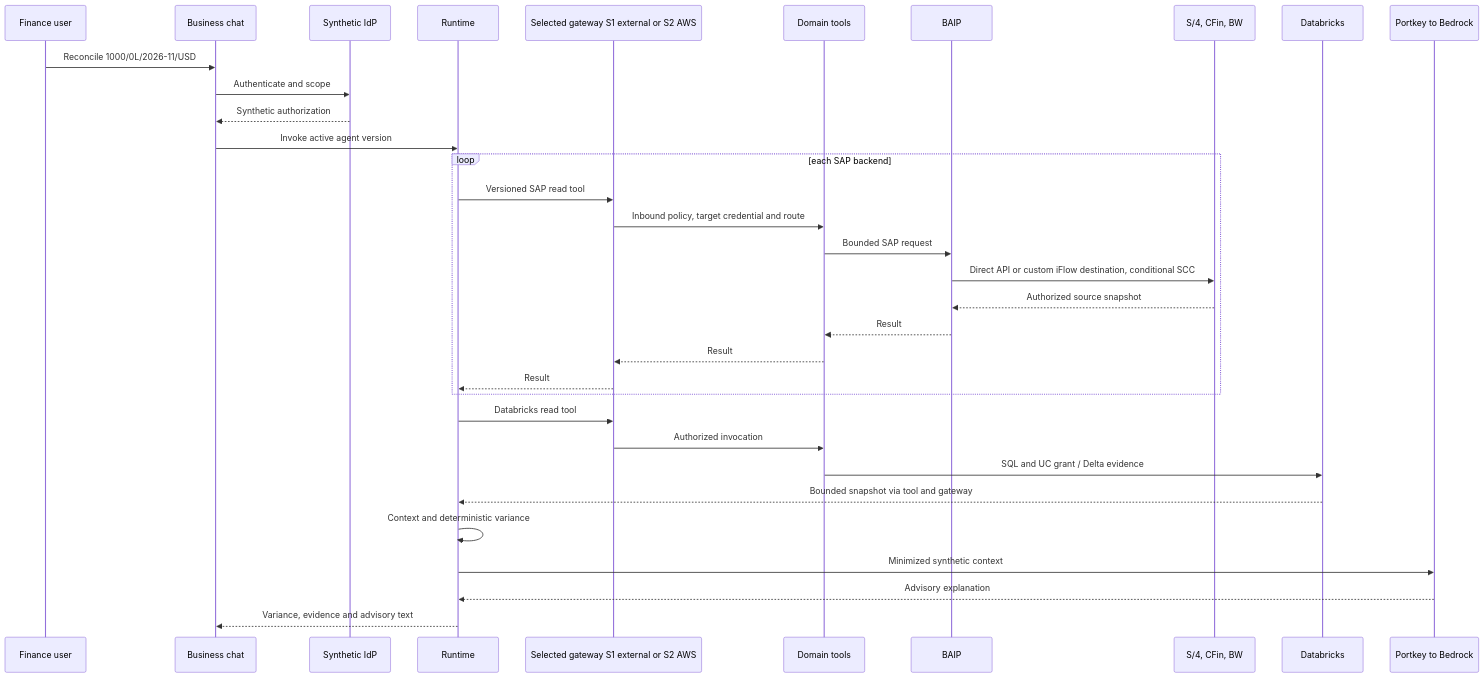
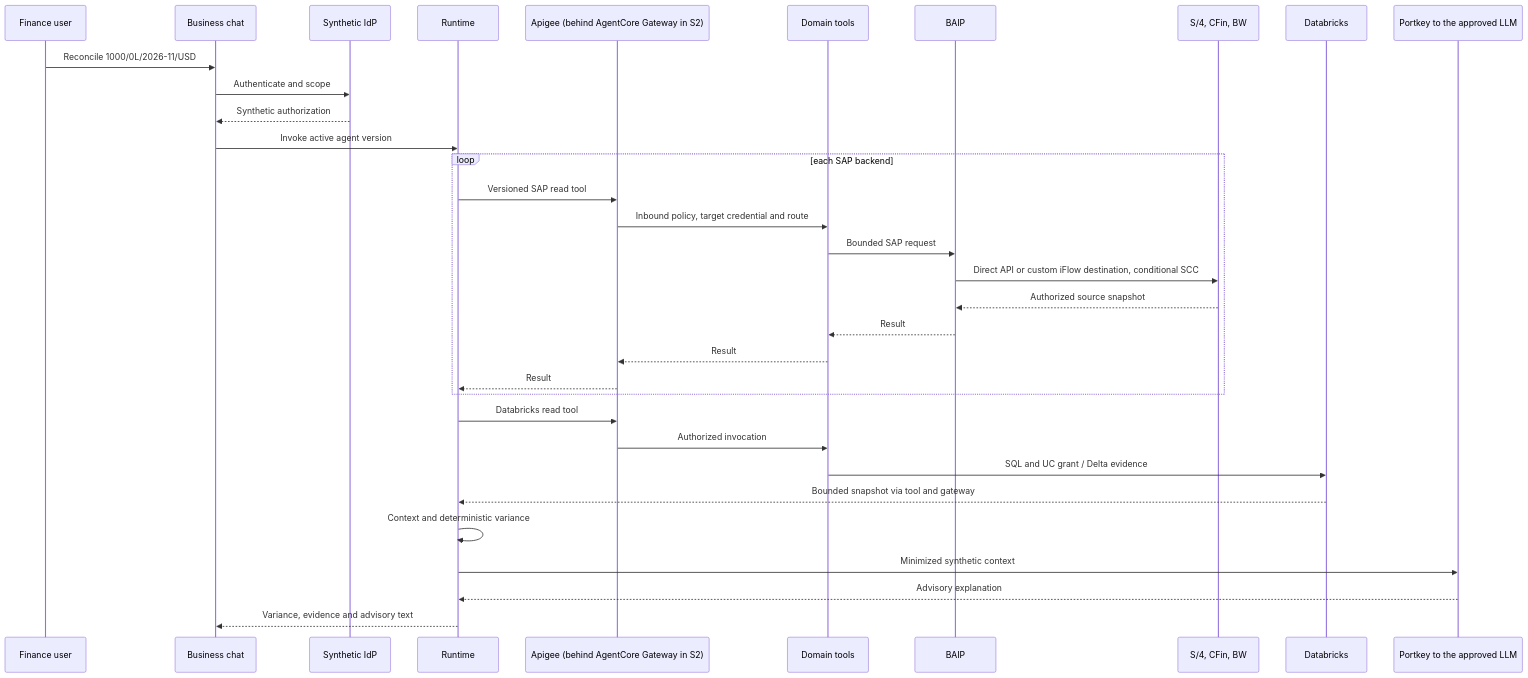
Before and after one commit to Iam-PrasadDeshpande/finance-reconciliation-agent: the diagram in docs/ARCHITECTURE_MAPPING.md, drawn with Mermaid. The commit also changed other lines of this file and 69 other files, not shown here.

First line of the commit message:
S3 as a real scenario and every page, document and test aligned with Architecture V5.1

````diff
--- a/docs/ARCHITECTURE_MAPPING.md
+++ b/docs/ARCHITECTURE_MAPPING.md
@@ -58,35 +58,35 @@
 ```mermaid
 sequenceDiagram
   participant U as Finance user
   participant A as Business chat
   participant I as Synthetic IdP
   participant R as Runtime
-  participant G as Selected gateway S1 external or S2 AWS
+  participant G as Apigee (behind AgentCore Gateway in S2)
   participant T as Domain tools
   participant B as BAIP
   participant S as S/4, CFin, BW
   participant D as Databricks
-  participant M as Portkey to Bedrock
+  participant M as Portkey to the approved LLM
   U->>A: Reconcile 1000/0L/2026-11/USD
   A->>I: Authenticate and scope
   I-->>A: Synthetic authorization
   A->>R: Invoke active agent version
   loop each SAP backend
     R->>G: Versioned SAP read tool
     G->>T: Inbound policy, target credential and route
     T->>B: Bounded SAP request
     B->>S: Direct API or custom iFlow destination, conditional SCC
     S-->>B: Authorized source snapshot
     B-->>T: Result
     T-->>G: Result
     G-->>R: Result
   end
   R->>G: Databricks read tool
   G->>T: Authorized invocation
   T->>D: SQL and UC grant / Delta evidence
   D-->>R: Bounded snapshot via tool and gateway
   R->>R: Context and deterministic variance
   R->>M: Minimized synthetic context
   M-->>R: Advisory explanation
   R-->>A: Variance, evidence and advisory text
 ```
````
